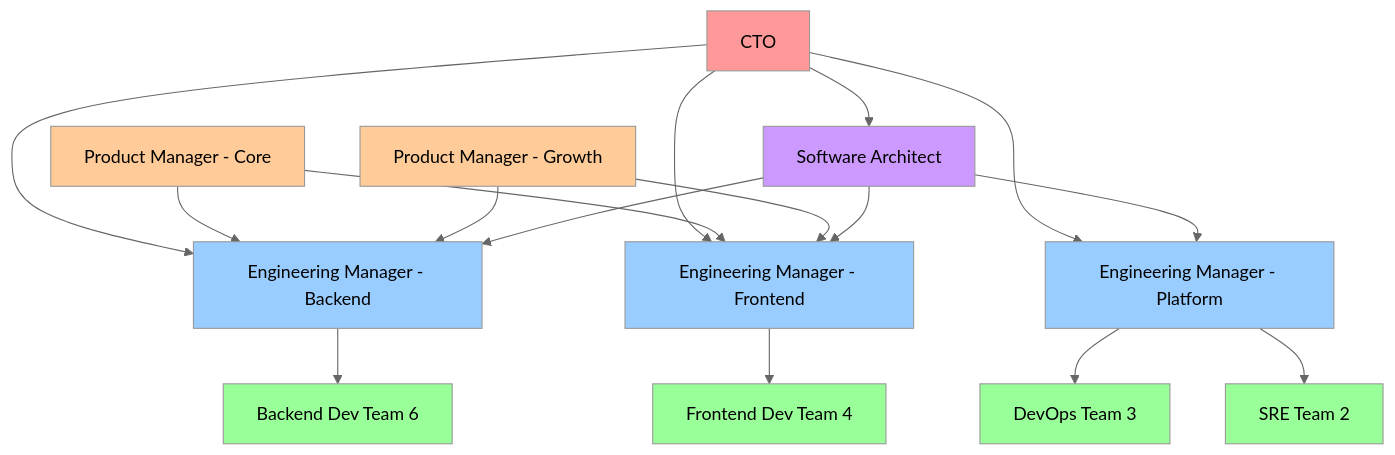
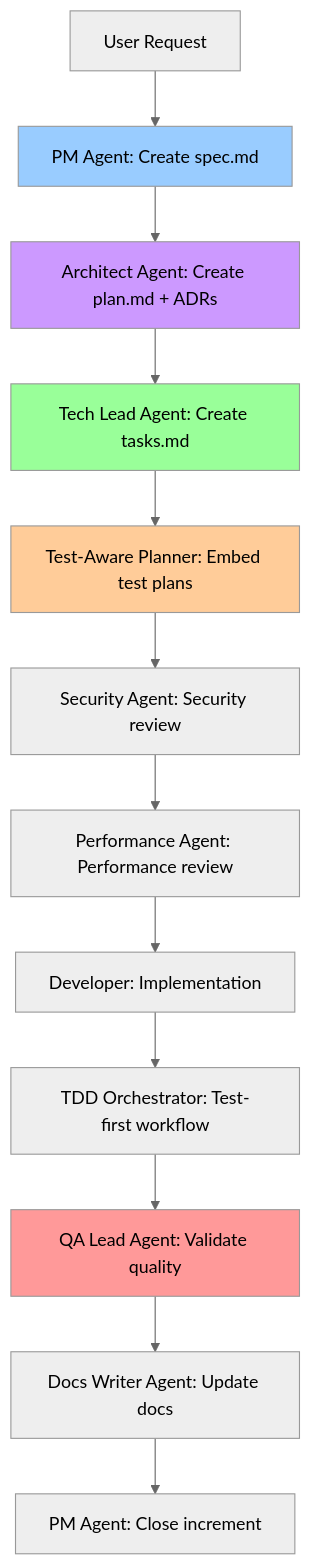
One commit to anton-abyzov/specweave changed the diagram in .specweave/docs/public/learn/foundations/software-engineering-roles.md. Above: the diagram before and after it, drawn with Mermaid (neutral theme). The commit also changed other lines of this file and 6 other files, not shown here.

````diff
--- a/.specweave/docs/public/learn/foundations/software-engineering-roles.md
+++ b/.specweave/docs/public/learn/foundations/software-engineering-roles.md
@@ -916,41 +656,20 @@
 ```mermaid
 graph TD
-    CTO[CTO]
-    EM1[Engineering Manager - Backend]
-    EM2[Engineering Manager - Frontend]
-    EM3[Engineering Manager - Platform]
-    PM1[Product Manager - Core]
-    PM2[Product Manager - Growth]
-    Arch[Software Architect]
+    User[User Request] --> PM[PM Agent: Create spec.md]
+    PM --> Arch[Architect Agent: Create plan.md + ADRs]
+    Arch --> TL[Tech Lead Agent: Create tasks.md]
+    TL --> TAP[Test-Aware Planner: Embed test plans]
+    TAP --> Sec[Security Agent: Security review]
+    Sec --> Perf[Performance Agent: Performance review]
+    Perf --> Dev[Developer: Implementation]
+    Dev --> TDD[TDD Orchestrator: Test-first workflow]
+    TDD --> QA[QA Lead Agent: Validate quality]
+    QA --> Docs[Docs Writer Agent: Update docs]
+    Docs --> PMClose[PM Agent: Close increment]
 
-    CTO --> EM1
-    CTO --> EM2
-    CTO --> EM3
-    CTO --> Arch
-
-    PM1 --> EM1
-    PM1 --> EM2
-    PM2 --> EM1
-    PM2 --> EM2
-
-    EM1 --> Backend1[Backend Dev Team 6]
-    EM2 --> Frontend1[Frontend Dev Team 4]
-    EM3 --> DevOps1[DevOps Team 3]
-    EM3 --> SRE1[SRE Team 2]
-
-    Arch --> EM1
-    Arch --> EM2
-    Arch --> EM3
-
-    style CTO fill:#ff9999
-    style EM1 fill:#99ccff
-    style EM2 fill:#99ccff
-    style EM3 fill:#99ccff
-    style PM1 fill:#ffcc99
-    style PM2 fill:#ffcc99
+    style PM fill:#99ccff
     style Arch fill:#cc99ff
-    style Backend1 fill:#99ff99
-    style Frontend1 fill:#99ff99
-    style DevOps1 fill:#99ff99
-    style SRE1 fill:#99ff99
+    style TL fill:#99ff99
+    style TAP fill:#ffcc99
+    style QA fill:#ff9999
 ```
````
